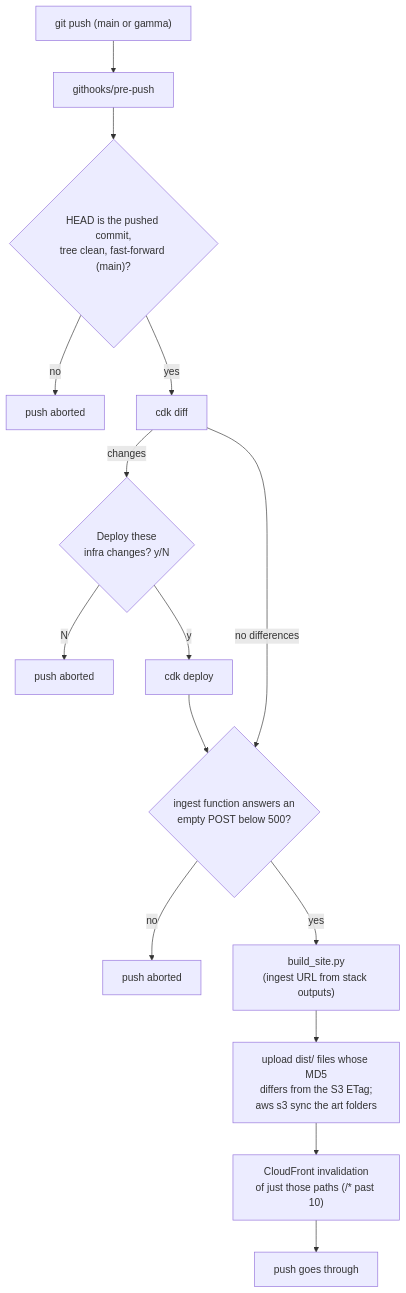
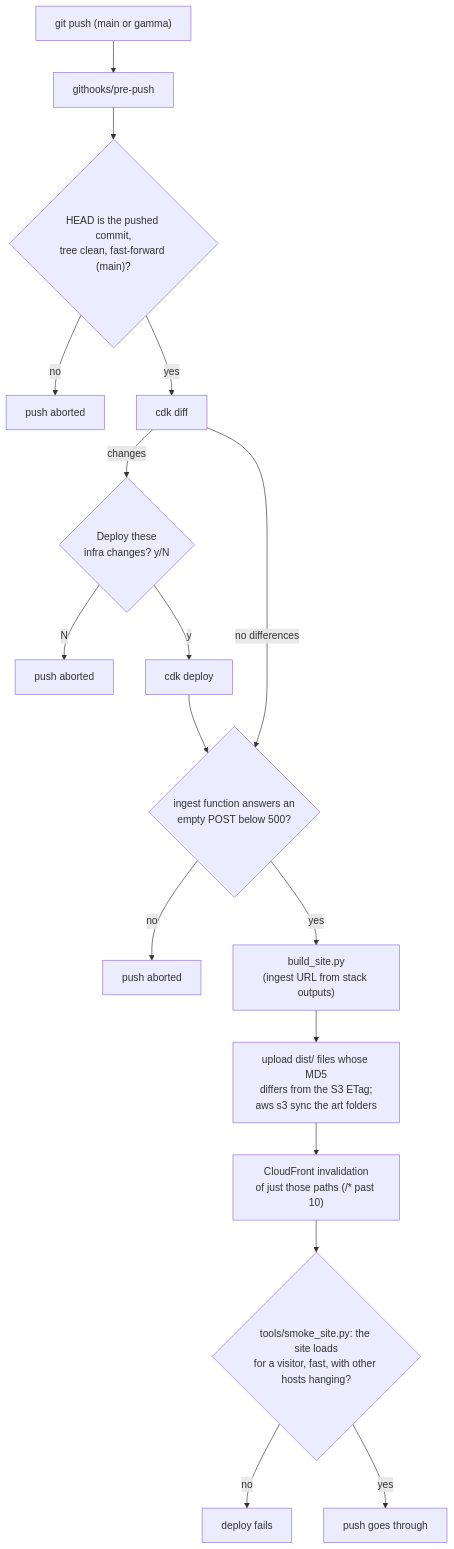
Before and after one commit to johnstonjesse329/slay-my-stats: the fifth of 6 diagrams in README.md, drawn with Mermaid. The commit also changed other lines of this file and 2 other files, not shown here.

Commit message:
Post-deploy site check: pages, assets, no third-party render blockers, and (with Playwright) content on screen within 2s while other hosts hang

````diff
--- a/README.md
+++ b/README.md
@@ -488,16 +489,18 @@
 ```mermaid
 flowchart TB
     push["git push (main or gamma)"] --> hook["githooks/pre-push"]
     hook --> check{"HEAD is the pushed commit,<br/>tree clean, fast-forward (main)?"}
     check -- no --> abort["push aborted"]
     check -- yes --> diff["cdk diff"]
     diff -- "changes" --> ask{"Deploy these<br/>infra changes? y/N"}
     ask -- N --> abort2["push aborted"]
     ask -- y --> deploy["cdk deploy"] --> smoke
     diff -- "no differences" --> smoke
     smoke{"ingest function answers an<br/>empty POST below 500?"} -- no --> abort3["push aborted"]
     smoke -- yes --> build
     build["build_site.py<br/>(ingest URL from stack outputs)"] --> upload["upload dist/ files whose MD5<br/>differs from the S3 ETag;<br/>aws s3 sync the art folders"]
     upload --> inval["CloudFront invalidation<br/>of just those paths (/* past 10)"]
-    inval --> done["push goes through"]
+    inval --> visit{"tools/smoke_site.py: the site loads<br/>for a visitor, fast, with other hosts hanging?"}
+    visit -- no --> abort4["deploy fails"]
+    visit -- yes --> done["push goes through"]
 ```
````
